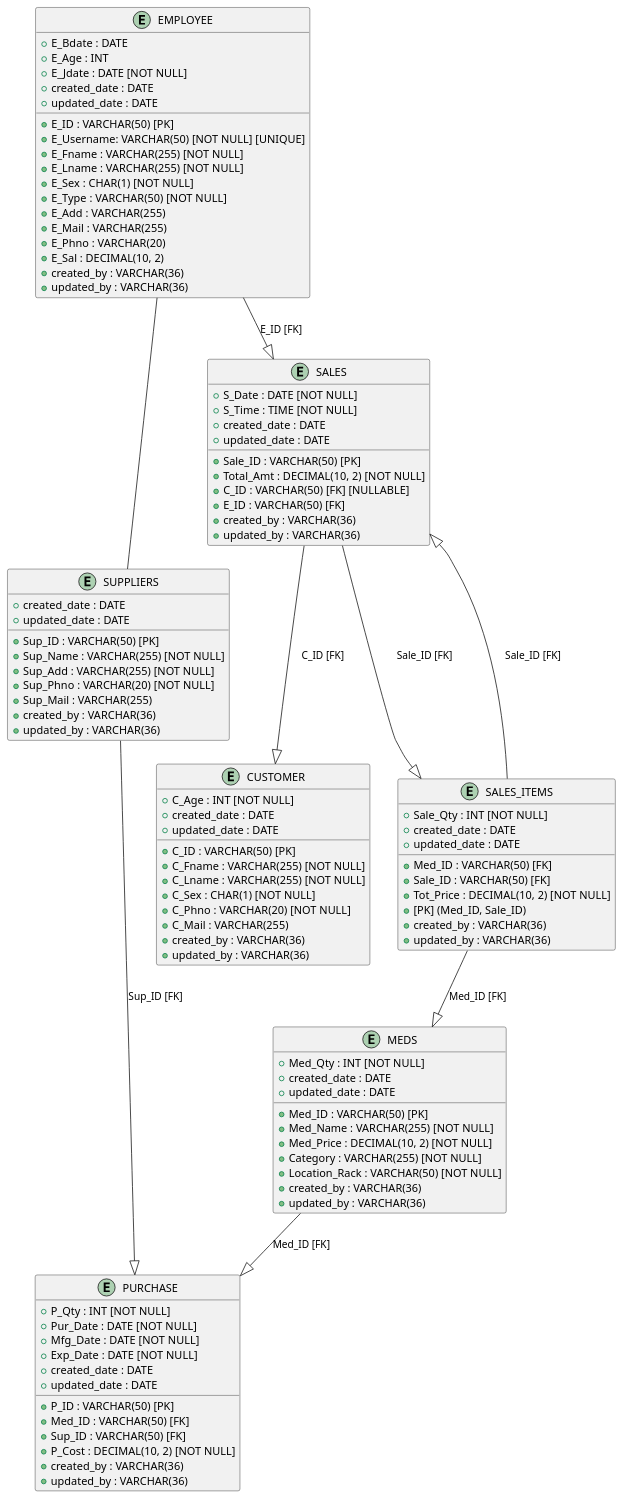
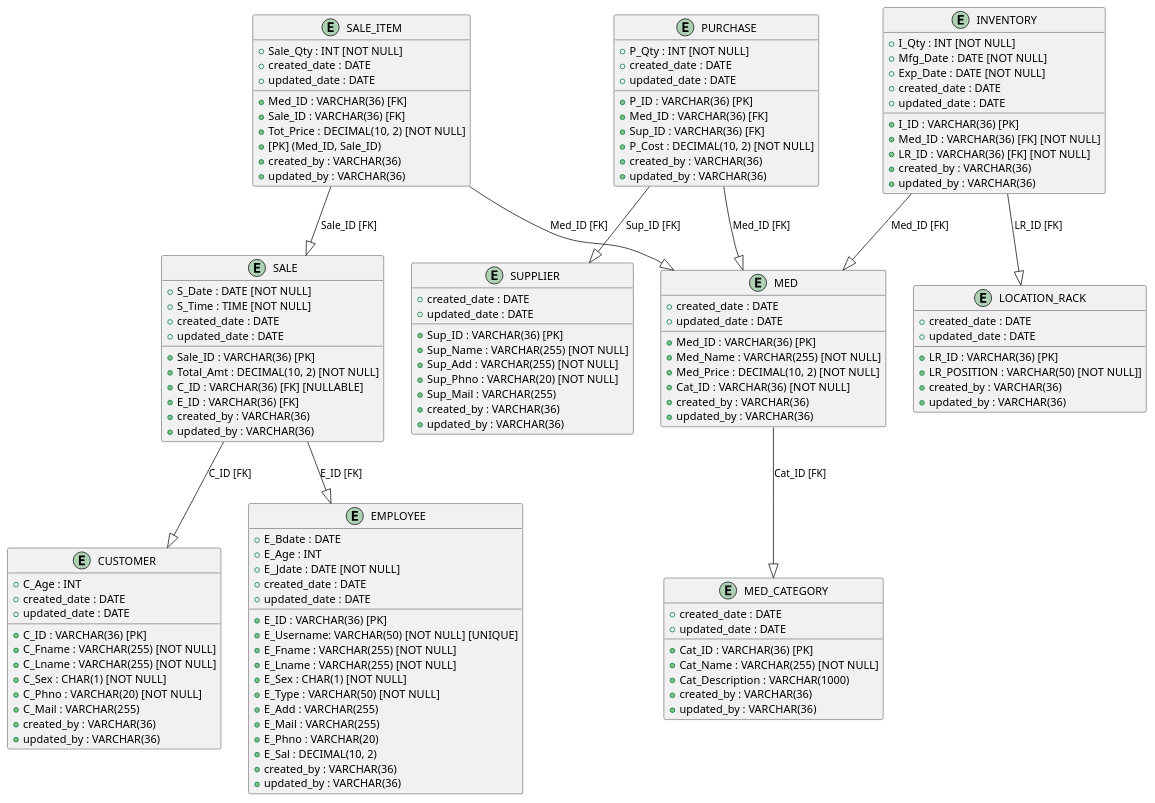
The diagram in design/RDM.puml (viettq1997/pharmacy-system), drawn with PlantUML before and after one commit. The commit also changed 33 other files, not shown here.

```diff
--- a/design/RDM.puml
+++ b/design/RDM.puml
@@ -1,110 +1,138 @@
 @startuml
 
 entity "EMPLOYEE" as Employee {
-  + E_ID : VARCHAR(50) [PK]
+  + E_ID : VARCHAR(36) [PK]
   + E_Username: VARCHAR(50) [NOT NULL] [UNIQUE]
   + E_Fname : VARCHAR(255) [NOT NULL]
   + E_Lname : VARCHAR(255) [NOT NULL]
   + E_Bdate : DATE
   + E_Age : INT
   + E_Sex : CHAR(1) [NOT NULL]
   + E_Type : VARCHAR(50) [NOT NULL]
   + E_Jdate : DATE [NOT NULL]
   + E_Add : VARCHAR(255)
   + E_Mail : VARCHAR(255)
   + E_Phno : VARCHAR(20)
   + E_Sal : DECIMAL(10, 2)
   + created_date : DATE
   + created_by : VARCHAR(36)
   + updated_date : DATE
   + updated_by : VARCHAR(36)
 }
 
-entity "SUPPLIERS" as Suppliers {
-  + Sup_ID : VARCHAR(50) [PK]
+entity "SUPPLIER" as Suppliers {
+  + Sup_ID : VARCHAR(36) [PK]
   + Sup_Name : VARCHAR(255) [NOT NULL]
   + Sup_Add : VARCHAR(255) [NOT NULL]
   + Sup_Phno : VARCHAR(20) [NOT NULL]
   + Sup_Mail : VARCHAR(255)
   + created_date : DATE
   + created_by : VARCHAR(36)
   + updated_date : DATE
   + updated_by : VARCHAR(36)
 }
 
 entity "CUSTOMER" as Customer {
-  + C_ID : VARCHAR(50) [PK]
+  + C_ID : VARCHAR(36) [PK]
   + C_Fname : VARCHAR(255) [NOT NULL]
   + C_Lname : VARCHAR(255) [NOT NULL]
-  + C_Age : INT [NOT NULL]
+  + C_Age : INT
   + C_Sex : CHAR(1) [NOT NULL]
   + C_Phno : VARCHAR(20) [NOT NULL]
   + C_Mail : VARCHAR(255)
   + created_date : DATE
   + created_by : VARCHAR(36)
   + updated_date : DATE
   + updated_by : VARCHAR(36)
 }
 
-entity "MEDS" as Meds {
-  + Med_ID : VARCHAR(50) [PK]
+entity "MED_CATEGORY" as MedCategory {
+  + Cat_ID : VARCHAR(36) [PK]
+  + Cat_Name : VARCHAR(255) [NOT NULL]
+  + Cat_Description : VARCHAR(1000)
+  + created_date : DATE
+  + created_by : VARCHAR(36)
+  + updated_date : DATE
+  + updated_by : VARCHAR(36)
+}
+
+entity "MED" as Meds {
+  + Med_ID : VARCHAR(36) [PK]
   + Med_Name : VARCHAR(255) [NOT NULL]
-  + Med_Qty : INT [NOT NULL]
   + Med_Price : DECIMAL(10, 2) [NOT NULL]
-  + Category : VARCHAR(255) [NOT NULL]
-  + Location_Rack : VARCHAR(50) [NOT NULL]
+  + Cat_ID : VARCHAR(36) [NOT NULL]
   + created_date : DATE
   + created_by : VARCHAR(36)
   + updated_date : DATE
   + updated_by : VARCHAR(36)
 }
 
 entity "PURCHASE" as Purchase {
-  + P_ID : VARCHAR(50) [PK]
-  + Med_ID : VARCHAR(50) [FK]
-  + Sup_ID : VARCHAR(50) [FK]
+  + P_ID : VARCHAR(36) [PK]
+  + Med_ID : VARCHAR(36) [FK]
+  + Sup_ID : VARCHAR(36) [FK]
   + P_Qty : INT [NOT NULL]
   + P_Cost : DECIMAL(10, 2) [NOT NULL]
-  + Pur_Date : DATE [NOT NULL]
-  + Mfg_Date : DATE [NOT NULL]
-  + Exp_Date : DATE [NOT NULL]
   + created_date : DATE
   + created_by : VARCHAR(36)
   + updated_date : DATE
   + updated_by : VARCHAR(36)
 }
 
-entity "SALES" as Sales {
-  + Sale_ID : VARCHAR(50) [PK]
+entity "SALE" as Sales {
+  + Sale_ID : VARCHAR(36) [PK]
   + S_Date : DATE [NOT NULL]
   + S_Time : TIME [NOT NULL]
   + Total_Amt : DECIMAL(10, 2) [NOT NULL]
-  + C_ID : VARCHAR(50) [FK] [NULLABLE]
-  + E_ID : VARCHAR(50) [FK]
+  + C_ID : VARCHAR(36) [FK] [NULLABLE]
+  + E_ID : VARCHAR(36) [FK]
   + created_date : DATE
   + created_by : VARCHAR(36)
   + updated_date : DATE
   + updated_by : VARCHAR(36)
 }
 
-entity "SALES_ITEMS" as SalesItems {
-  + Med_ID : VARCHAR(50) [FK]
-  + Sale_ID : VARCHAR(50) [FK]
+entity "SALE_ITEM" as SalesItems {
+  + Med_ID : VARCHAR(36) [FK]
+  + Sale_ID : VARCHAR(36) [FK]
   + Sale_Qty : INT [NOT NULL]
   + Tot_Price : DECIMAL(10, 2) [NOT NULL]
   + [PK] (Med_ID, Sale_ID)
   + created_date : DATE
   + created_by : VARCHAR(36)
   + updated_date : DATE
   + updated_by : VARCHAR(36)
 }
 
-Employee --|> Sales : E_ID [FK]
-Employee -- Suppliers
-Sales --|> SalesItems : Sale_ID [FK]
+entity "LOCATION_RACK" as LocationRack {
+  + LR_ID : VARCHAR(36) [PK]
+  + LR_POSITION : VARCHAR(50) [NOT NULL]]
+  + created_date : DATE
+  + created_by : VARCHAR(36)
+  + updated_date : DATE
+  + updated_by : VARCHAR(36)
+}
+
+entity "INVENTORY" as Inventory {
+  + I_ID : VARCHAR(36) [PK]
+  + Med_ID : VARCHAR(36) [FK] [NOT NULL]
+  + LR_ID : VARCHAR(36) [FK] [NOT NULL]
+  + I_Qty : INT [NOT NULL]
+  + Mfg_Date : DATE [NOT NULL]
+  + Exp_Date : DATE [NOT NULL]
+  + created_date : DATE
+  + created_by : VARCHAR(36)
+  + updated_date : DATE
+  + updated_by : VARCHAR(36)
+}
+
+Sales --|> Employee : E_ID [FK]
+Sales --|> Customer : C_ID [FK]
+SalesItems --|> Sales : Sale_ID [FK]
 SalesItems --|> Meds : Med_ID [FK]
-SalesItems --|> Sales : Sale_ID [FK]
-Meds --|> Purchase : Med_ID [FK]
-Suppliers --|> Purchase : Sup_ID [FK]
-Sales --|> Customer : C_ID [FK]
+Purchase --|> Meds : Med_ID [FK]
+Purchase --|> Suppliers : Sup_ID [FK]
+Inventory --|> Meds : Med_ID [FK]
+Inventory --|> LocationRack : LR_ID [FK]
+Meds --|> MedCategory: Cat_ID [FK]
 @enduml
```
